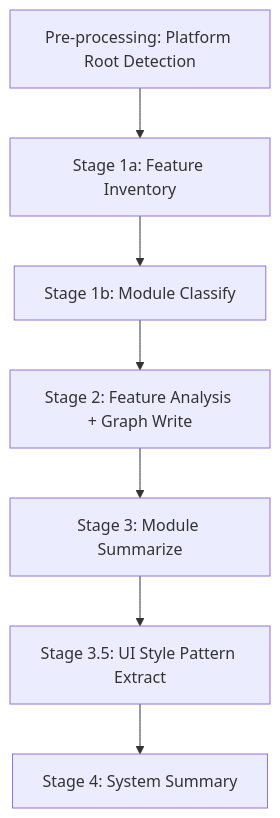
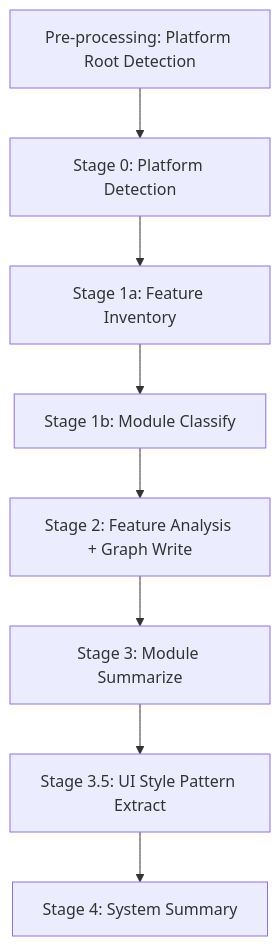
One commit to charlesmu99/speccrew changed the diagram in .speccrew/skills/speccrew-knowledge-bizs-dispatch/SKILL.md. Above: the diagram before and after it, drawn with Mermaid. The commit also changed other lines of this file and 21 other files, not shown here.

Commit message:
refactor: reorder template-driven skills to read template first before source code analysis; update dispatch/init-features/module-classify/graph-write skills

````diff
--- a/.speccrew/skills/speccrew-knowledge-bizs-dispatch/SKILL.md
+++ b/.speccrew/skills/speccrew-knowledge-bizs-dispatch/SKILL.md
@@ -126,9 +147,10 @@
 ```mermaid
 flowchart TB
-    S0[Pre-processing: Platform Root Detection] --> S1a[Stage 1a: Feature Inventory]
+    S0[Pre-processing: Platform Root Detection] --> S0a[Stage 0: Platform Detection]
+    S0a --> S1a[Stage 1a: Feature Inventory]
     S1a --> S1b[Stage 1b: Module Classify]
     S1b --> S2[Stage 2: Feature Analysis + Graph Write]
     S2 --> S3[Stage 3: Module Summarize]
     S3 --> S3_5[Stage 3.5: UI Style Pattern Extract]
     S3_5 --> S4[Stage 4: System Summary]
 ```
````
